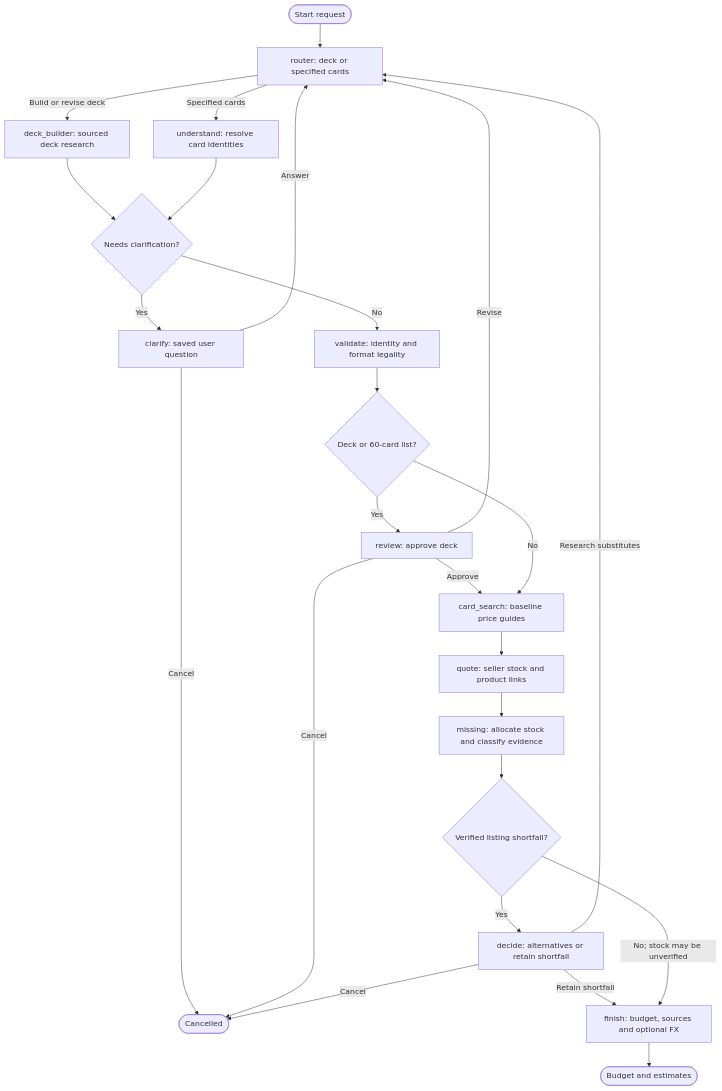
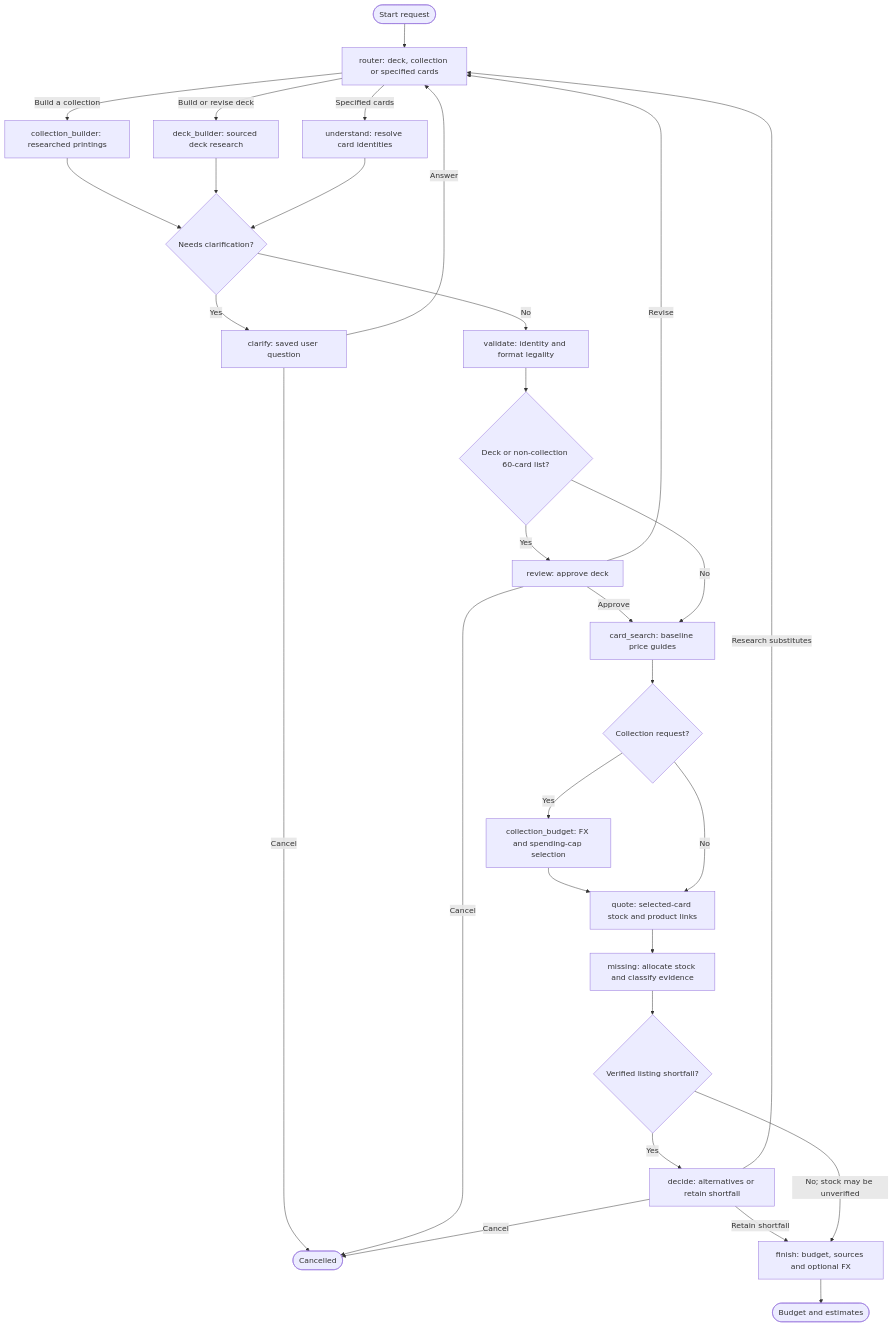
Before and after one commit to 02loveslollipop/TCGMarketplaceAgent: the first of 2 diagrams in README.md, drawn with Mermaid. The commit also changed other lines of this file and 1 other file, not shown here.

Commit message:
docs: describe collection orchestration and live agent evaluations

````diff
--- a/README.md
+++ b/README.md
@@ -154,27 +157,32 @@
 ```mermaid
 flowchart TD
-    Start(["Start request"]) --> Router["router: deck or specified cards"]
+    Start(["Start request"]) --> Router["router: deck, collection or specified cards"]
     Router -- "Build or revise deck" --> Builder["deck_builder: sourced deck research"]
+    Router -- "Build a collection" --> Collector["collection_builder: researched printings"]
+    Collector --> Question
     Router -- "Specified cards" --> Understand["understand: resolve card identities"]
     Builder --> Question{"Needs clarification?"}
     Understand --> Question
     Question -- "Yes" --> Clarify["clarify: saved user question"]
     Clarify -- "Answer" --> Router
     Clarify -- "Cancel" --> Cancel(["Cancelled"])
     Question -- "No" --> Validate["validate: identity and format legality"]
-    Validate --> Deck{"Deck or 60-card list?"}
+    Validate --> Deck{"Deck or non-collection 60-card list?"}
     Deck -- "Yes" --> Review["review: approve deck"]
     Review -- "Revise" --> Router
     Review -- "Cancel" --> Cancel
     Review -- "Approve" --> Baseline["card_search: baseline price guides"]
     Deck -- "No" --> Baseline
-    Baseline --> Quote["quote: seller stock and product links"]
+    Baseline --> Collection{"Collection request?"}
+    Collection -- "Yes" --> Select["collection_budget: FX and spending-cap selection"]
+    Select --> Quote["quote: selected-card stock and product links"]
+    Collection -- "No" --> Quote
     Quote --> Missing["missing: allocate stock and classify evidence"]
     Missing --> Shortfall{"Verified listing shortfall?"}
     Shortfall -- "Yes" --> Decide["decide: alternatives or retain shortfall"]
     Decide -- "Research substitutes" --> Router
     Decide -- "Cancel" --> Cancel
     Decide -- "Retain shortfall" --> Finish["finish: budget, sources and optional FX"]
     Shortfall -- "No; stock may be unverified" --> Finish
     Finish --> Done(["Budget and estimates"])
 ```
````
